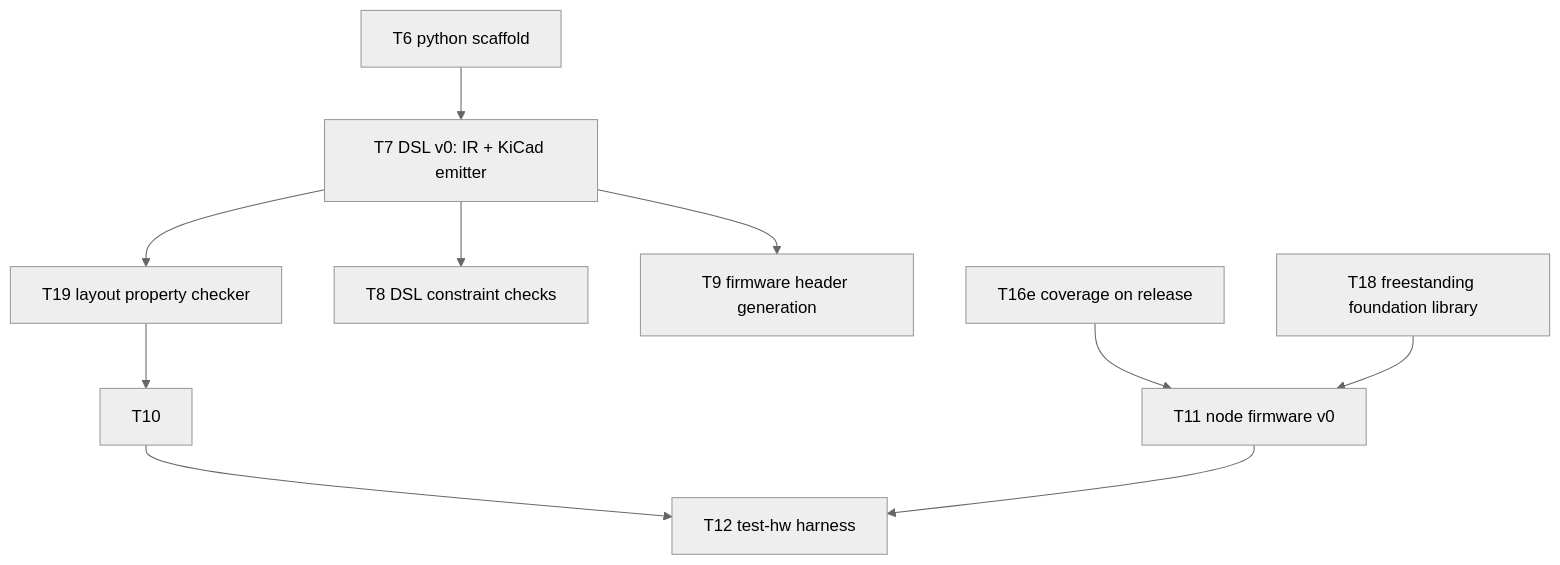
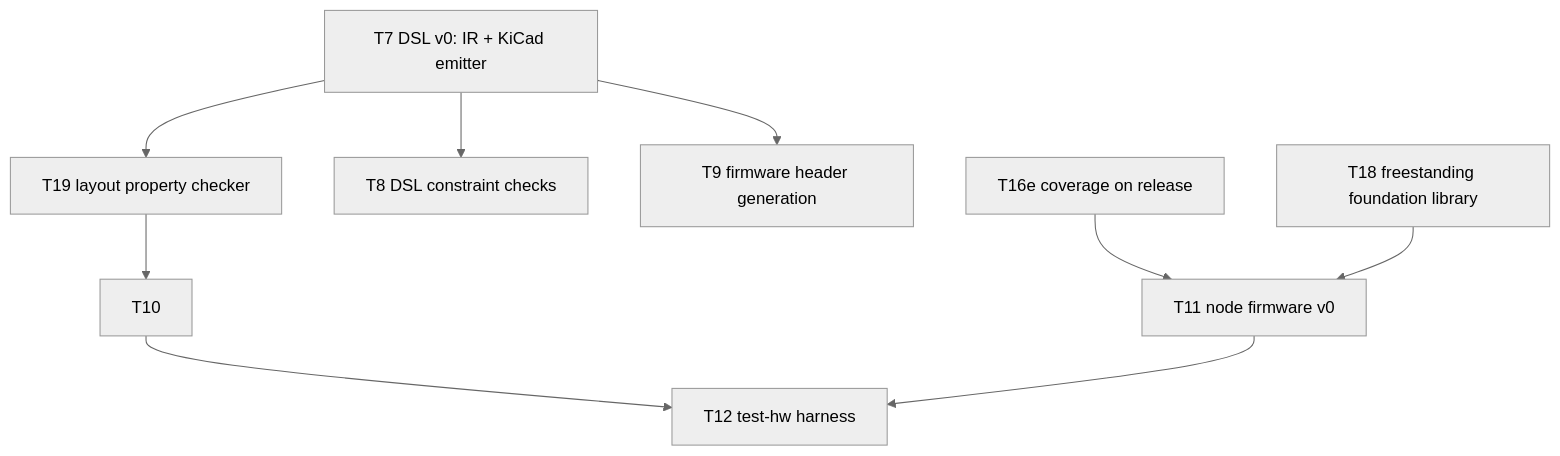
One commit to kristofferkoch/oparroy changed the diagram in KANBAN.md. Above: the diagram before and after it, drawn with Mermaid (neutral theme). The commit also changed other lines of this file and 11 other files, not shown here.

Commit message:
T6: Python package scaffold — uv, ruff ALL, ty, pytest, doctests

````diff
--- a/KANBAN.md
+++ b/KANBAN.md
@@ -34,12 +34,11 @@
 ```mermaid
 graph TD
     T19 --> T10
-    T6[T6 python scaffold] --> T7[T7 DSL v0: IR + KiCad emitter]
-    T7 --> T8[T8 DSL constraint checks]
+    T7[T7 DSL v0: IR + KiCad emitter] --> T8[T8 DSL constraint checks]
     T7 --> T9[T9 firmware header generation]
     T7 --> T19[T19 layout property checker]
     T10 --> T12[T12 test-hw harness]
     T11 --> T12
     T16e[T16e coverage on release] --> T11[T11 node firmware v0]
     T18[T18 freestanding foundation library] --> T11
 ```
````
